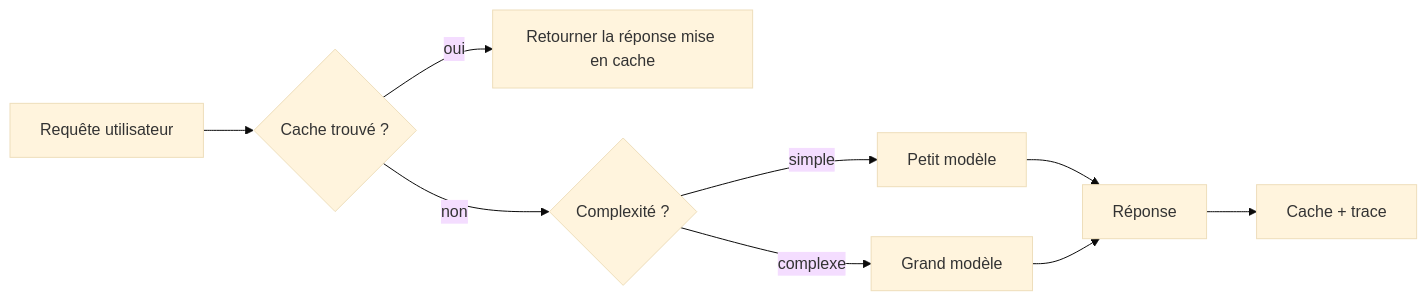
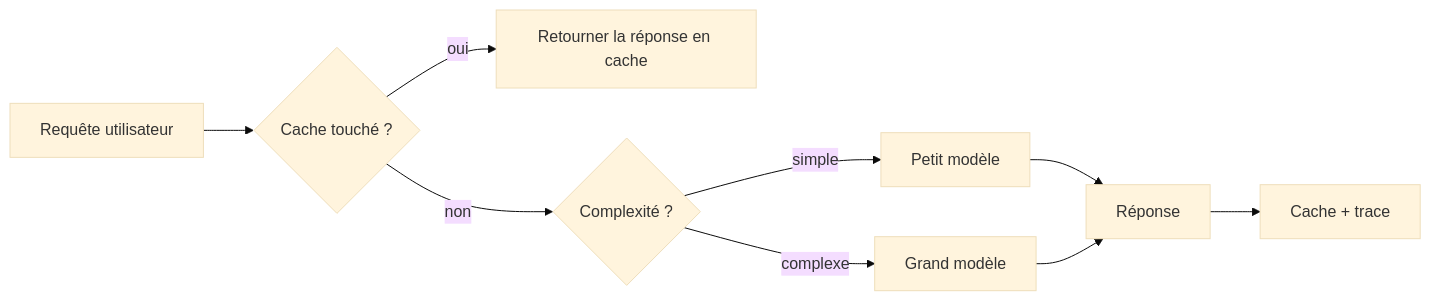
The third of 4 diagrams in mirrors/repos/microsoft@ai-agents-for-beginners/translations/fr/16-deploying-scalable-agents/README.md (gabrielmoreira/agent-skills-mirror), drawn with Mermaid (base theme) before and after one commit. The commit also changed other lines of this file and 5918 other files, not shown here.

````diff
--- a/mirrors/repos/microsoft@ai-agents-for-beginners/translations/fr/16-deploying-scalable-agents/README.md
+++ b/mirrors/repos/microsoft@ai-agents-for-beginners/translations/fr/16-deploying-scalable-agents/README.md
@@ -134,11 +134,11 @@
 ```mermaid
 flowchart LR
-    Q[Requête utilisateur] --> C{Cache trouvé ?}
-    C -->|oui| R[Retourner la réponse mise en cache]
+    Q[Requête utilisateur] --> C{Cache touché ?}
+    C -->|oui| R[Retourner la réponse en cache]
     C -->|non| Router{Complexité ?}
     Router -->|simple| SLM[Petit modèle]
     Router -->|complexe| LLM[Grand modèle]
     SLM --> Out[Réponse]
     LLM --> Out
     Out --> Store[Cache + trace]
 ```
````
